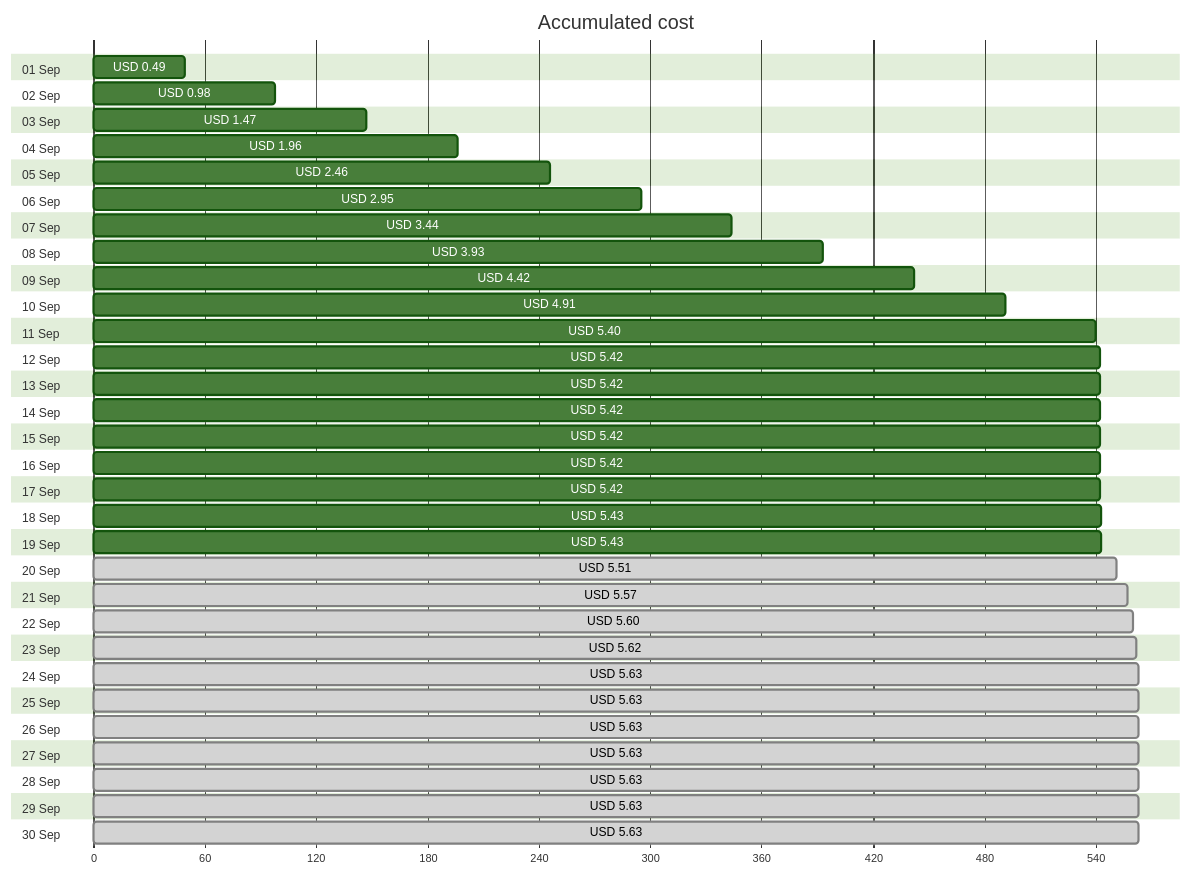
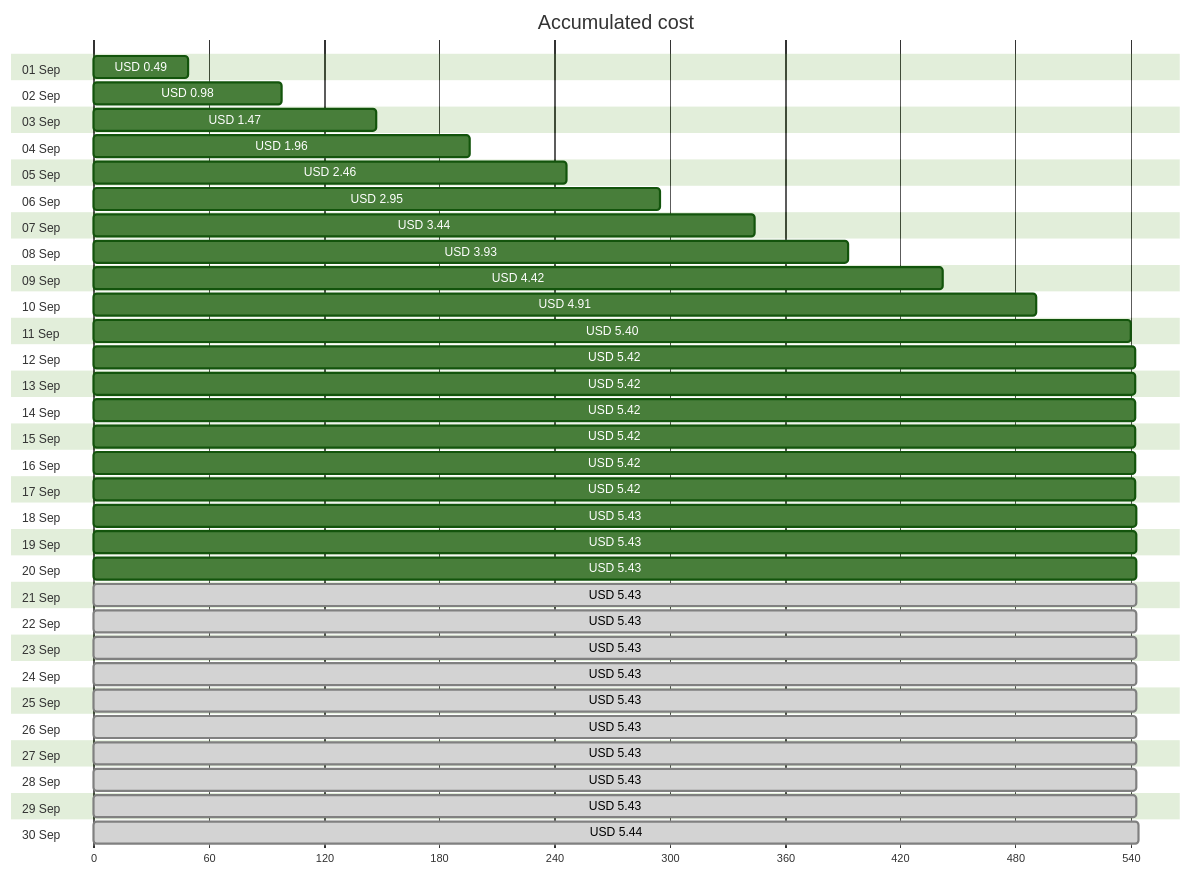
Before and after one commit to jpfulton/azure-personal-reports: the first of 4 diagrams in cost-reports/personal-site/personalsiteapipreview.md, drawn with Mermaid (forest theme). The commit also changed other lines of this file and 7 other files, not shown here.

````diff
--- a/cost-reports/personal-site/personalsiteapipreview.md
+++ b/cost-reports/personal-site/personalsiteapipreview.md
@@ -20,66 +20,66 @@
 ```mermaid
 gantt
    title Accumulated cost
    dateFormat  X
    axisFormat %s
    section 01 Sep
    USD 0.49 :0, 49
    section 02 Sep
    USD 0.98 :0, 98
    section 03 Sep
    USD 1.47 :0, 147
    section 04 Sep
    USD 1.96 :0, 196
    section 05 Sep
    USD 2.46 :0, 246
    section 06 Sep
    USD 2.95 :0, 295
    section 07 Sep
    USD 3.44 :0, 344
    section 08 Sep
    USD 3.93 :0, 393
    section 09 Sep
    USD 4.42 :0, 442
    section 10 Sep
    USD 4.91 :0, 491
    section 11 Sep
    USD 5.40 :0, 540
    section 12 Sep
    USD 5.42 :0, 542
    section 13 Sep
    USD 5.42 :0, 542
    section 14 Sep
    USD 5.42 :0, 542
    section 15 Sep
    USD 5.42 :0, 542
    section 16 Sep
    USD 5.42 :0, 542
    section 17 Sep
    USD 5.42 :0, 542
    section 18 Sep
    USD 5.43 :0, 543
    section 19 Sep
    USD 5.43 :0, 543
    section 20 Sep
-   USD 5.51 : done, 0, 551
+   USD 5.43 :0, 543
    section 21 Sep
-   USD 5.57 : done, 0, 557
+   USD 5.43 : done, 0, 543
    section 22 Sep
-   USD 5.60 : done, 0, 560
+   USD 5.43 : done, 0, 543
    section 23 Sep
-   USD 5.62 : done, 0, 562
+   USD 5.43 : done, 0, 543
    section 24 Sep
-   USD 5.63 : done, 0, 563
+   USD 5.43 : done, 0, 543
    section 25 Sep
-   USD 5.63 : done, 0, 563
+   USD 5.43 : done, 0, 543
    section 26 Sep
-   USD 5.63 : done, 0, 563
+   USD 5.43 : done, 0, 543
    section 27 Sep
-   USD 5.63 : done, 0, 563
+   USD 5.43 : done, 0, 543
    section 28 Sep
-   USD 5.63 : done, 0, 563
+   USD 5.43 : done, 0, 543
    section 29 Sep
-   USD 5.63 : done, 0, 563
+   USD 5.43 : done, 0, 543
    section 30 Sep
-   USD 5.63 : done, 0, 563
+   USD 5.44 : done, 0, 544
 ```
````
